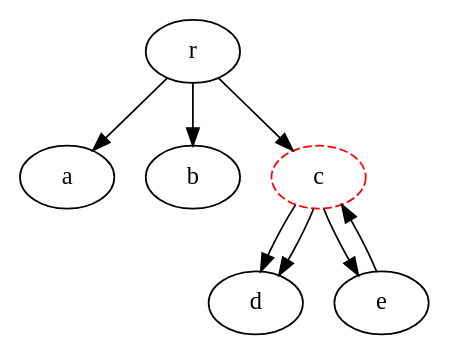
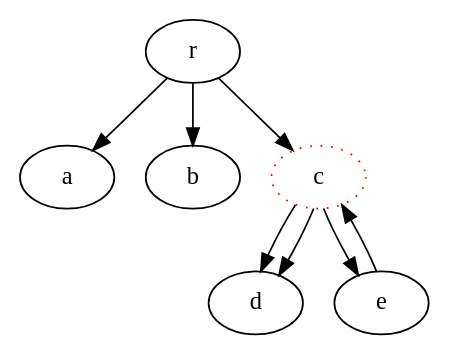
The diagram in lqXDot_test/gallery/tree_foldable.gv (CapelliC/loqt), drawn with Graphviz before and after one commit. The commit also changed 1 other file, not shown here.

```diff
--- a/lqXDot_test/gallery/tree_foldable.gv
+++ b/lqXDot_test/gallery/tree_foldable.gv
@@ -1,13 +1,13 @@
 /* script file tree_foldable.gv
    created at Thu Nov 21 11:02:21 2013 */
 
 digraph tree_foldable {
 	r -> a
 	r -> b
 	r -> c
 	c -> d
 	c -> d
 	c -> e
 	e -> c
-	c [color=red tooltip="foldable!" style="dashed"]
+	c [color=red tooltip="foldable!" style="dotted"]
 }
```
